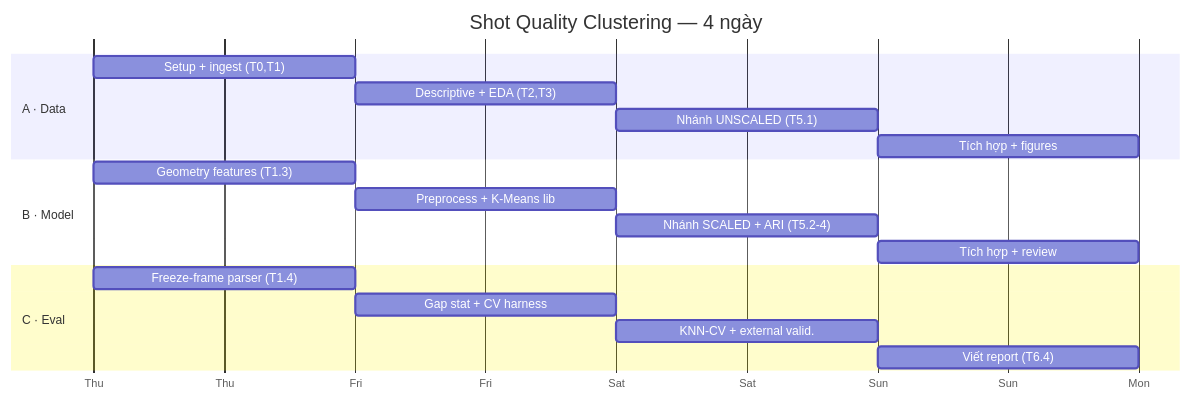
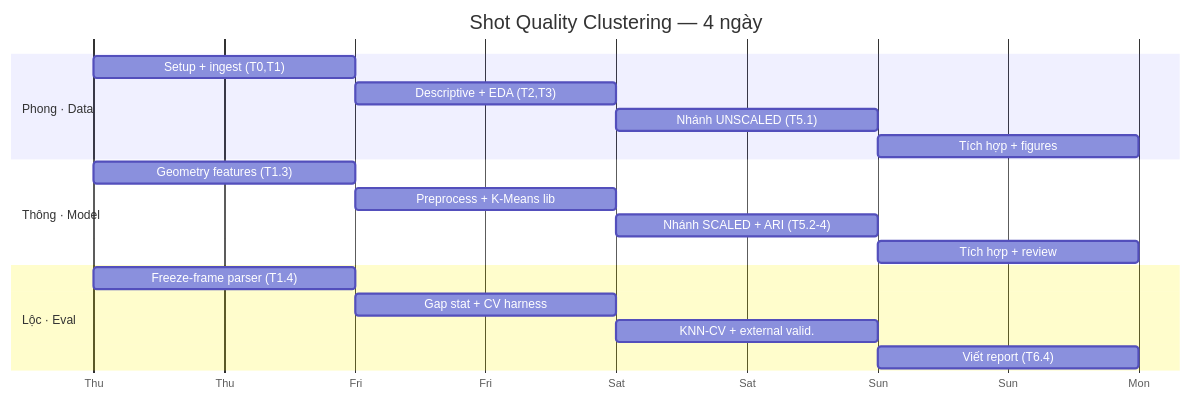
Before and after one commit to AIVIETNAM-AIO-Kaisye/football-shot-clustering: the diagram in docs/PLAN.md, drawn with Mermaid. The commit also changed other lines of this file and 45 other files, not shown here.

````diff
--- a/docs/PLAN.md
+++ b/docs/PLAN.md
@@ -21,21 +21,21 @@
 ```mermaid
 gantt
     title Shot Quality Clustering — 4 ngày
     dateFormat YYYY-MM-DD
     axisFormat %a
-    section A · Data
+    section Phong · Data
     Setup + ingest (T0,T1)      :a1, 2026-01-01, 1d
     Descriptive + EDA (T2,T3)   :a2, after a1, 1d
     Nhánh UNSCALED (T5.1)       :a3, after a2, 1d
     Tích hợp + figures          :a4, after a3, 1d
-    section B · Model
+    section Thông · Model
     Geometry features (T1.3)    :b1, 2026-01-01, 1d
     Preprocess + K-Means lib    :b2, after b1, 1d
     Nhánh SCALED + ARI (T5.2-4) :b3, after b2, 1d
     Tích hợp + review           :b4, after b3, 1d
-    section C · Eval
+    section Lộc · Eval
     Freeze-frame parser (T1.4)  :c1, 2026-01-01, 1d
     Gap stat + CV harness       :c2, after c1, 1d
     KNN-CV + external valid.    :c3, after c2, 1d
     Viết report (T6.4)          :c4, after c3, 1d
 ```
````
